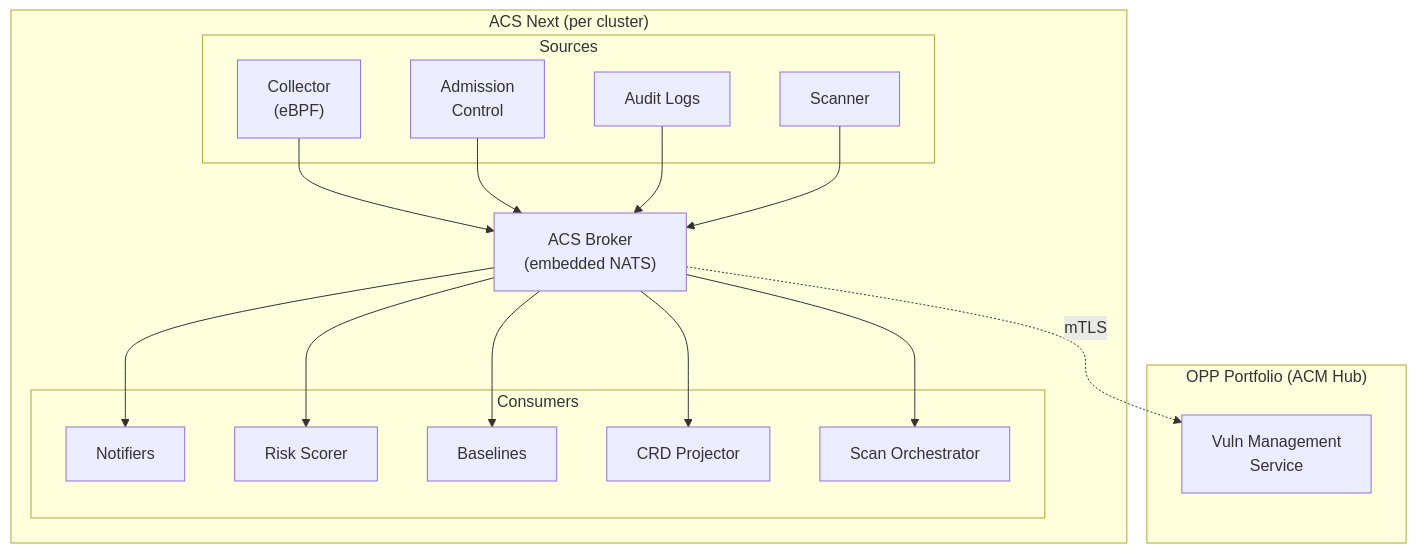
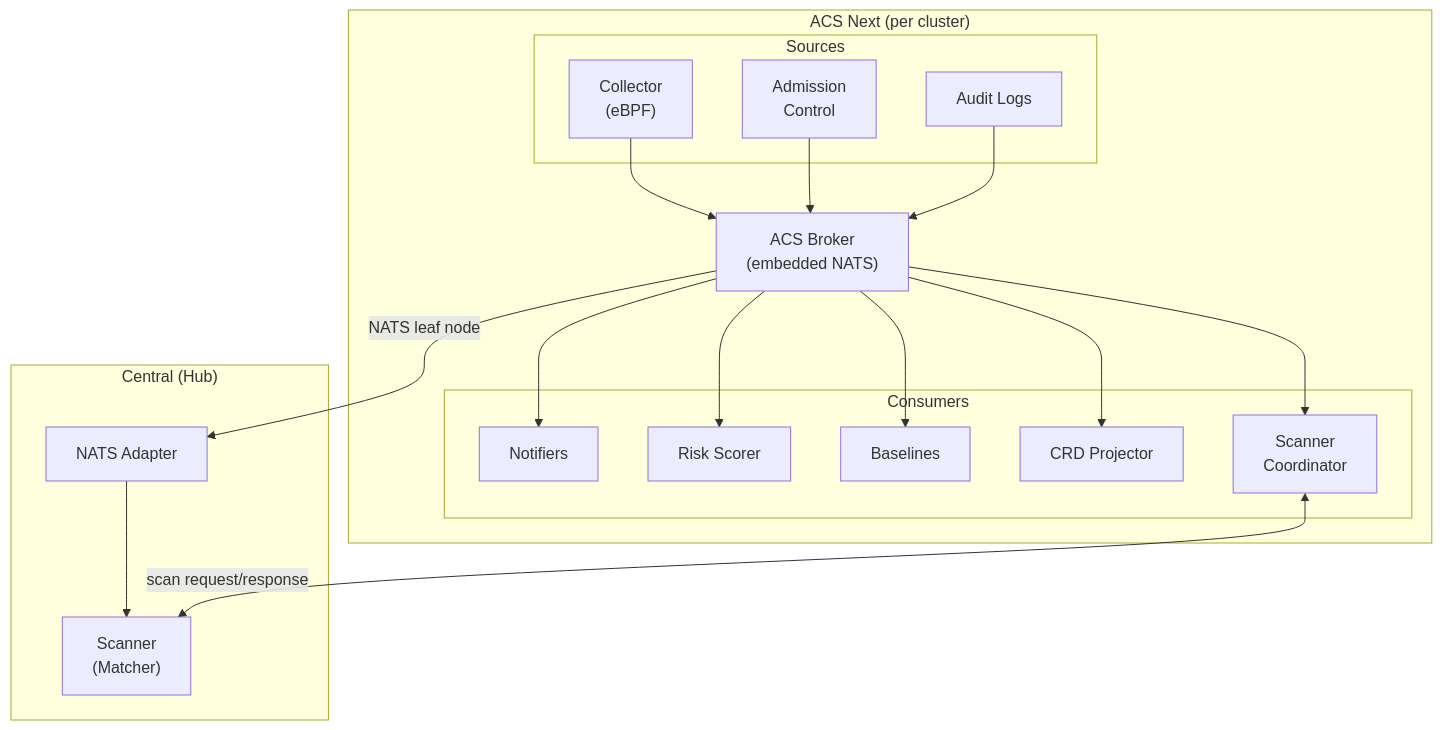
Before and after one commit to kylape/acs-next: the first of 5 diagrams in docs/architecture/README.md, drawn with Mermaid. The commit also changed other lines of this file and 1 other file, not shown here.

First line of the commit message:
Add Central integration architecture for transitional deployment

````diff
--- a/docs/architecture/README.md
+++ b/docs/architecture/README.md
@@ -40,38 +41,39 @@
 ```mermaid
 graph TB
     subgraph cluster["ACS Next (per cluster)"]
         subgraph sources["Sources"]
             Collector["Collector<br/>(eBPF)"]
             Admission["Admission<br/>Control"]
             Audit["Audit Logs"]
-            Scanner["Scanner"]
         end
 
         Broker["ACS Broker<br/>(embedded NATS)"]
 
         subgraph consumers["Consumers"]
             Notifiers["Notifiers"]
             Risk["Risk Scorer"]
             Baselines["Baselines"]
             Projector["CRD Projector"]
-            Orch["Scan Orchestrator"]
+            Coord["Scanner<br/>Coordinator"]
         end
 
         Collector --> Broker
         Admission --> Broker
         Audit --> Broker
-        Scanner --> Broker
 
         Broker --> Notifiers
         Broker --> Risk
         Broker --> Baselines
         Broker --> Projector
-        Broker --> Orch
+        Broker --> Coord
     end
 
-    subgraph hub["OPP Portfolio (ACM Hub)"]
-        VulnMgmt["Vuln Management<br/>Service"]
+    subgraph hub["Central (Hub)"]
+        Adapter["NATS Adapter"]
+        Scanner["Scanner<br/>(Matcher)"]
+        Adapter --> Scanner
     end
 
-    Broker -.->|mTLS| VulnMgmt
+    Broker -->|"NATS leaf node"| Adapter
+    Coord <-->|"scan request/response"| Scanner
 ```
````
